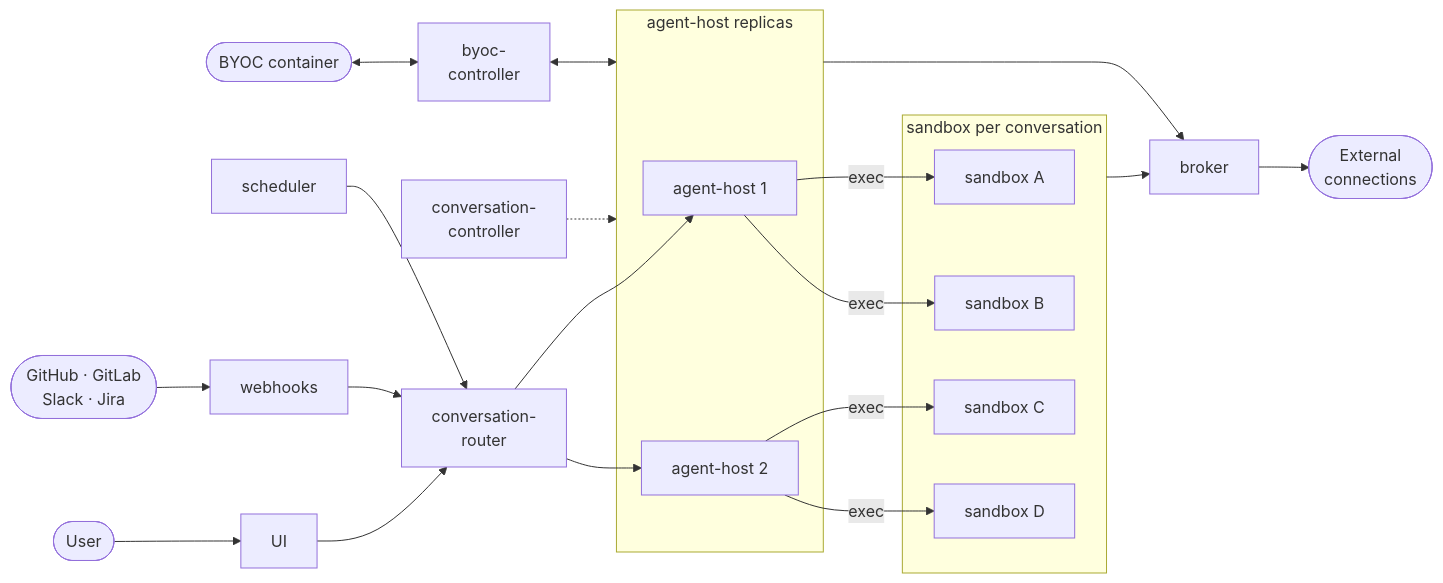
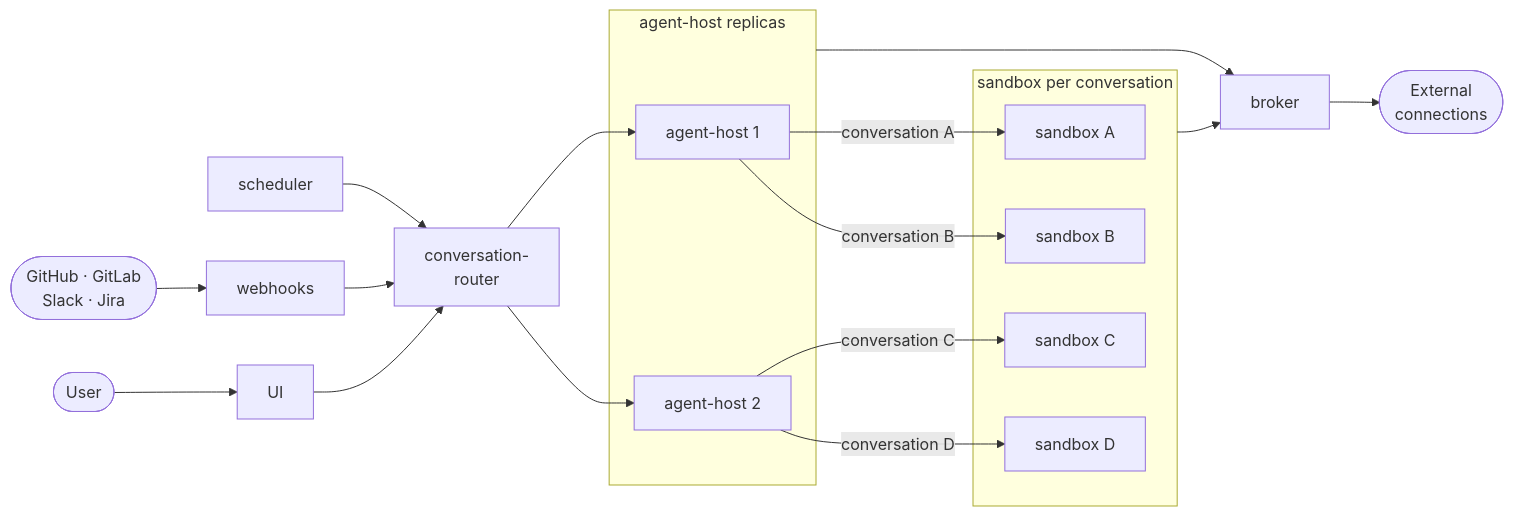
Before and after one commit to chadac-me/scooter: the diagram in docs/architecture.md, drawn with Mermaid.

Commit message:
docs(architecture): drop controller and BYOC from the diagram, label conversations
The diagram is about the request path; the controller and BYOC are
covered in the components table.

````diff
--- a/docs/architecture.md
+++ b/docs/architecture.md
@@ -9,40 +9,37 @@
 ```mermaid
 flowchart LR
     user(["User"])
     ext(["GitHub · GitLab<br/>Slack · Jira"])
-    byocbox(["BYOC container"])
 
     ui["UI"]
     webhooks["webhooks"]
     sched["scheduler"]
     router["conversation-<br/>router"]
-    ctrl["conversation-<br/>controller"]
-    byocctl["byoc-<br/>controller"]
 
     subgraph hosts["agent-host replicas"]
         host1["agent-host 1"]
         host2["agent-host 2"]
     end
 
     subgraph sandboxes["sandbox per conversation"]
         sb1["sandbox A"]
         sb2["sandbox B"]
         sb3["sandbox C"]
         sb4["sandbox D"]
     end
 
     broker["broker"]
     world(["External<br/>connections"])
 
     user --> ui --> router
     ext --> webhooks --> router
     sched --> router
-    ctrl -.-> hosts
     router --> host1 & host2
-    host1 -->|exec| sb1 & sb2
-    host2 -->|exec| sb3 & sb4
-    byocbox <--> byocctl <--> hosts
+    host1 -->|conversation A| sb1
+    host1 -->|conversation B| sb2
+    host2 -->|conversation C| sb3
+    host2 -->|conversation D| sb4
     sandboxes --> broker
     hosts --> broker
     broker --> world
 ```
````
